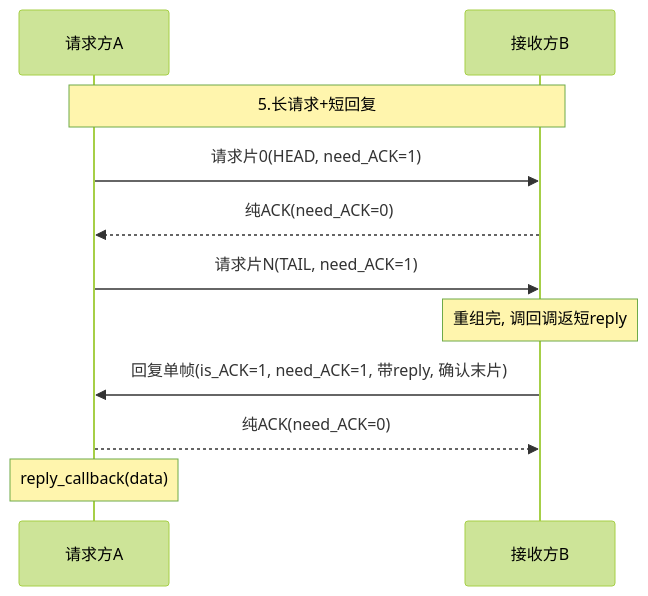
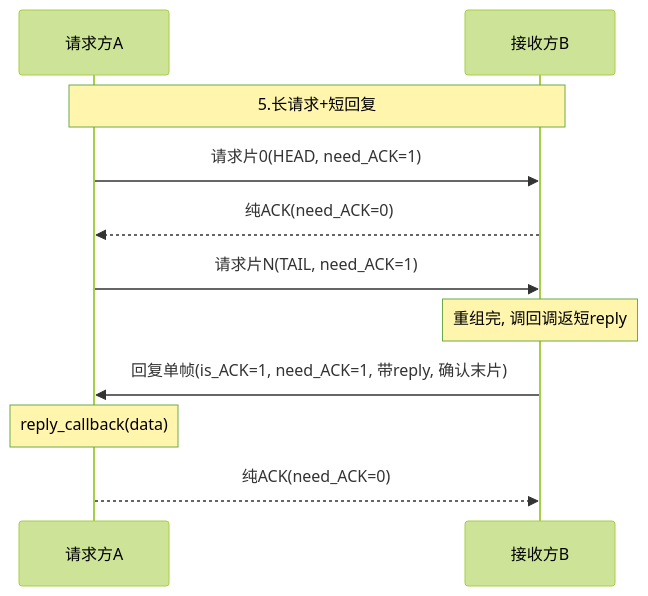
One commit to Siaiai/ObsidianNote changed the fifth of 13 diagrams in 工作/项目/代码/260401S3分拣面板-SIA-R9000P.md. Above: the diagram before and after it, drawn with Mermaid (forest theme). The commit also changed other lines of this file and 1 other file, not shown here.

````diff
--- a/工作/项目/代码/260401S3分拣面板-SIA-R9000P.md
+++ b/工作/项目/代码/260401S3分拣面板-SIA-R9000P.md
@@ -127,13 +127,13 @@
 ```mermaid
 sequenceDiagram
     participant A as 请求方A
     participant B as 接收方B
     Note over A,B: 5.长请求+短回复
     A->>B: 请求片0(HEAD, need_ACK=1)
     B-->>A: 纯ACK(need_ACK=0)
     A->>B: 请求片N(TAIL, need_ACK=1)
     Note over B: 重组完, 调回调返短reply
     B->>A: 回复单帧(is_ACK=1, need_ACK=1, 带reply, 确认末片)
+    Note over A: reply_callback(data)
     A-->>B: 纯ACK(need_ACK=0)
-    Note over A: reply_callback(data)
 ```
````
